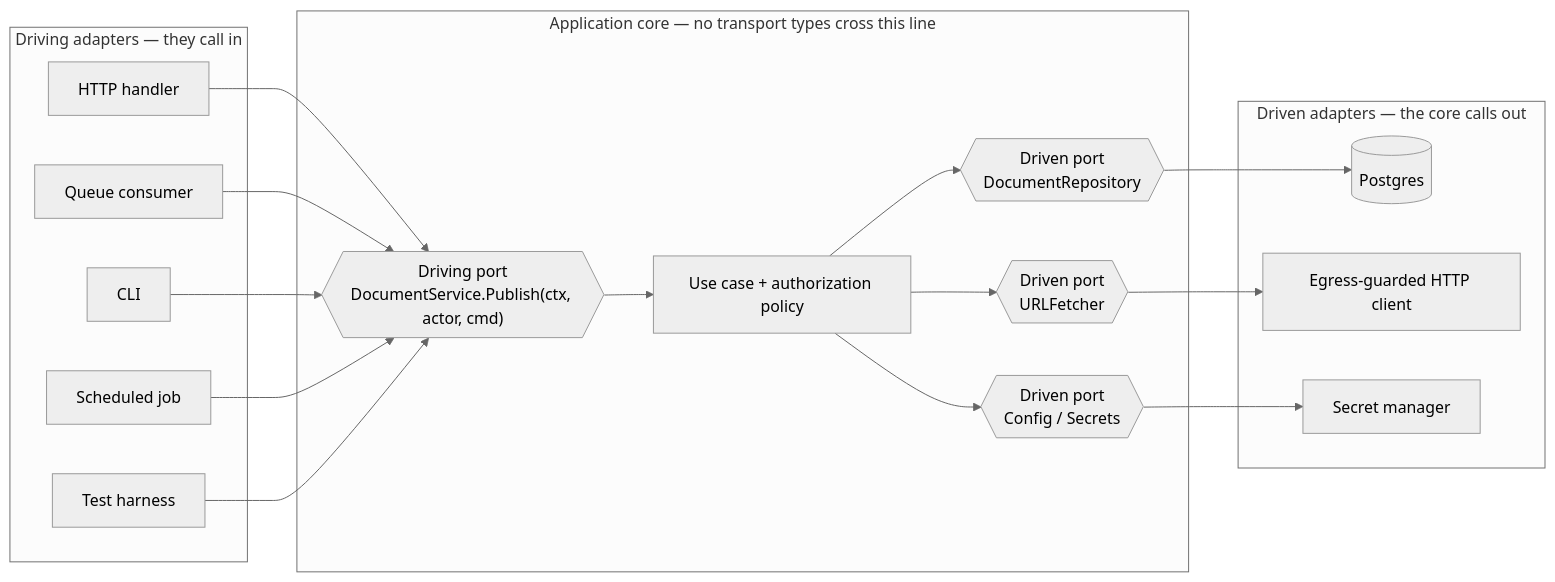
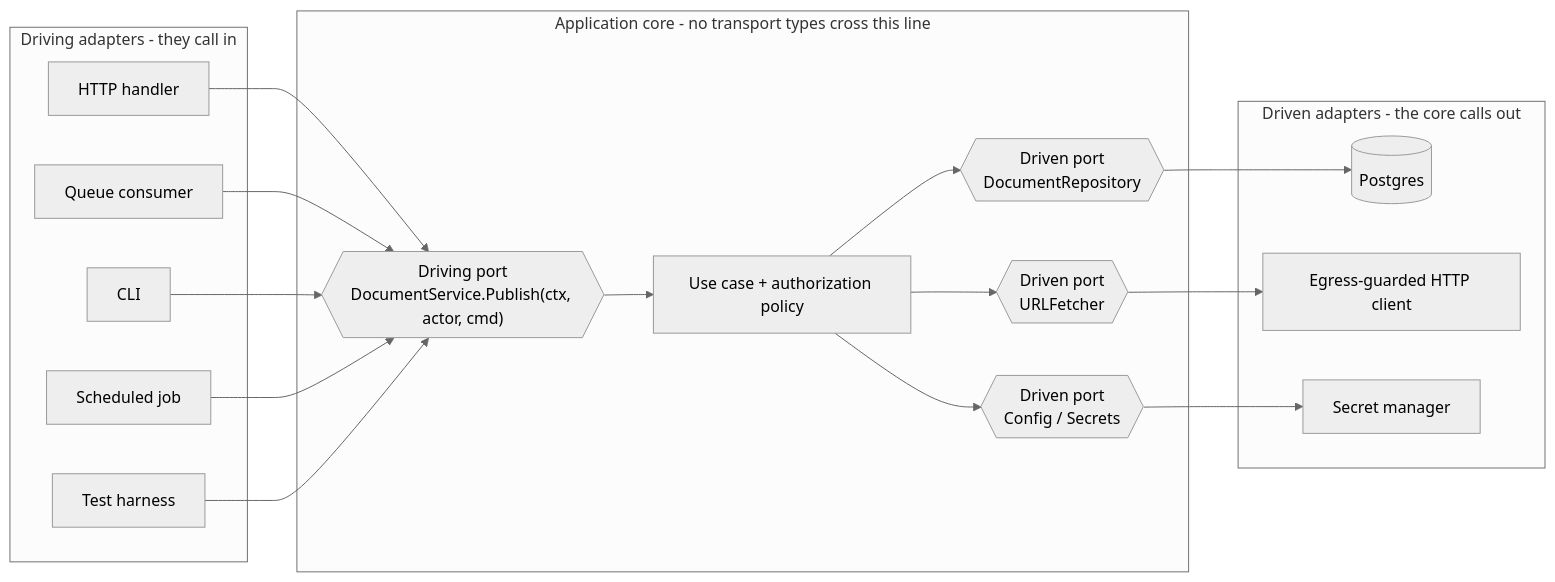
Before and after one commit to nyanko-desuwa/Secure-AI-Toolkit: the diagram in skills/architecture/hexagonal/SKILL.md, drawn with Mermaid (neutral theme). The commit also changed other lines of this file and 414 other files, not shown here.

````diff
--- a/skills/architecture/hexagonal/SKILL.md
+++ b/skills/architecture/hexagonal/SKILL.md
@@ -41,34 +41,34 @@
 ```mermaid
 flowchart LR
-    subgraph Driving["Driving adapters — they call in"]
+    subgraph Driving["Driving adapters - they call in"]
         HTTP["HTTP handler"]
         MQ["Queue consumer"]
         CLI["CLI"]
         CRON["Scheduled job"]
         TEST["Test harness"]
     end
-    subgraph Core["Application core — no transport types cross this line"]
+    subgraph Core["Application core - no transport types cross this line"]
         DP{{"Driving port<br/>DocumentService.Publish(ctx, actor, cmd)"}}
         UC["Use case + authorization policy"]
         DRR{{"Driven port<br/>DocumentRepository"}}
         DRF{{"Driven port<br/>URLFetcher"}}
         DRC{{"Driven port<br/>Config / Secrets"}}
     end
-    subgraph Driven["Driven adapters — the core calls out"]
+    subgraph Driven["Driven adapters - the core calls out"]
         PG[("Postgres")]
         EG["Egress-guarded HTTP client"]
         SM["Secret manager"]
     end
     HTTP --> DP
     MQ --> DP
     CLI --> DP
     CRON --> DP
     TEST --> DP
     DP --> UC
     UC --> DRR
     UC --> DRF
     UC --> DRC
     DRR --> PG
     DRF --> EG
     DRC --> SM
 ```
````
